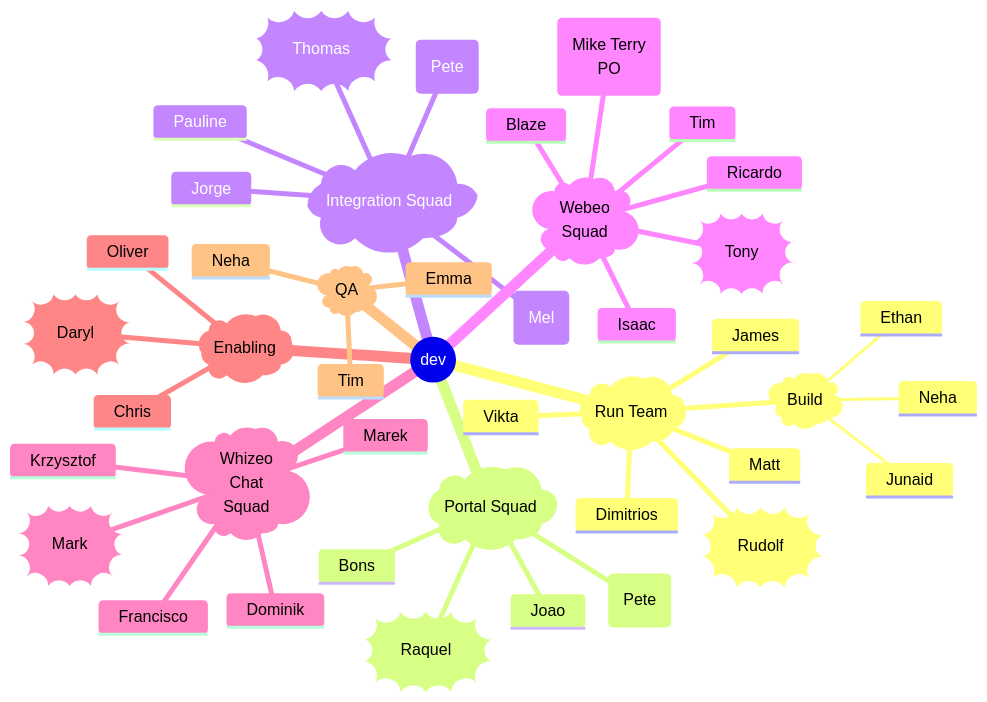
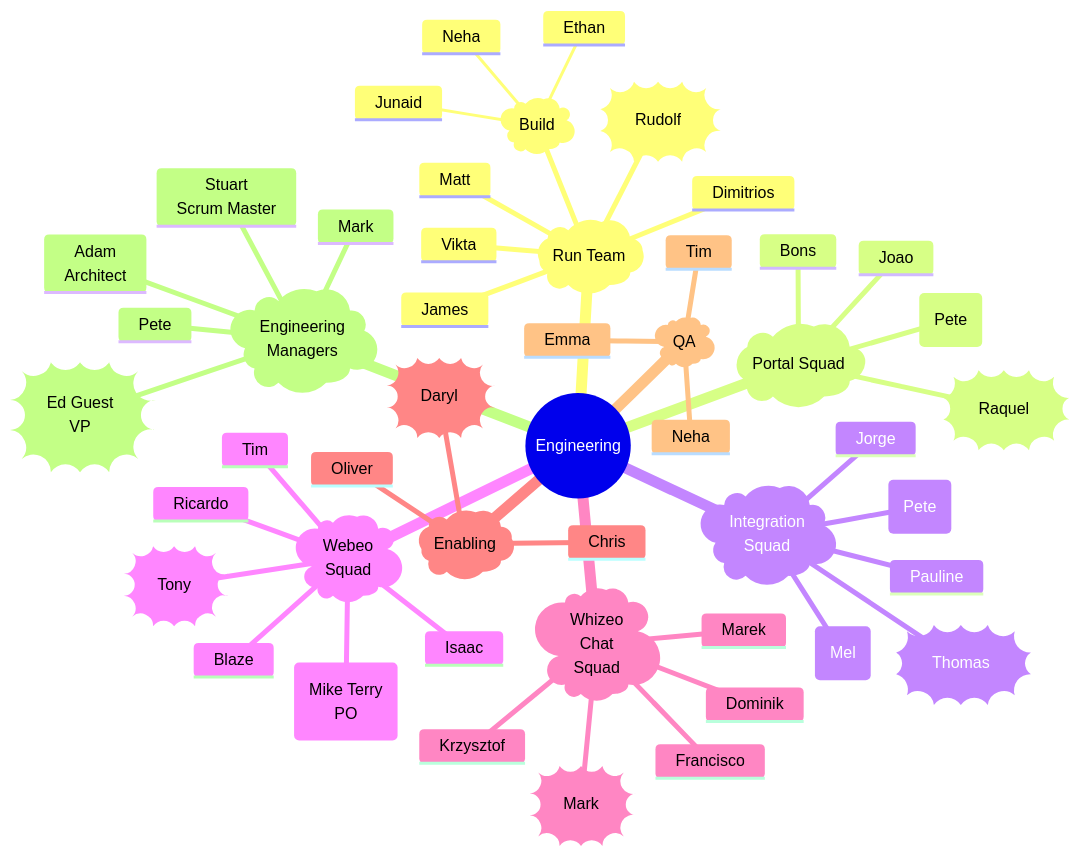
One commit to petebrlf/diagrams changed the diagram in Teams/squads.mmd. Above: the diagram before and after it, drawn with Mermaid.

Commit message:
include managers

```diff
--- a/Teams/squads.mmd
+++ b/Teams/squads.mmd
@@ -1,49 +1,55 @@
 mindmap
-  root((dev))
+  root((Engineering )
     )Run Team(
         ))Rudolf ((
       Vikta
       Dimitrios
       Matt
       James
       )Build(
         Junaid
         Ethan
         Neha 
 
     )Portal Squad(
         ))Raquel((
       (Pete)
       Joao
       Bons
-    )Integration Squad(
+    )Integration <br>Squad(
         ))Thomas((
         
       (Pete)
       Jorge
       Pauline
       (Mel)
       
     )Webeo<br> Squad(
         ))Tony((
         
       Blaze
       Isaac
       Ricardo
       Tim
       (Mike Terry<br>PO)
     )Whizeo <br>Chat <br>Squad(
         ))Mark((
         
       Marek
       Dominik
       Krzysztof
       Francisco
     )Enabling(
         ))Daryl((
       Oliver
       Chris
     )QA(
       Emma
       Neha
       Tim
+    )Engineering<br>Managers(
+      ))Ed Guest<br>VP((
+      Pete
+      Mark
+      Stuart<br>Scrum Master
+      Adam<br>Architect
```
